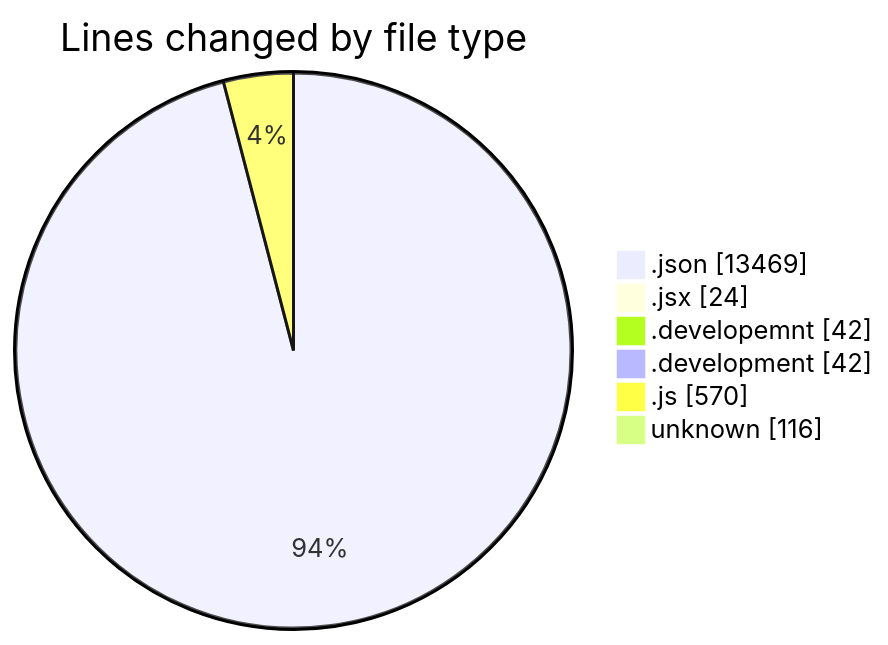
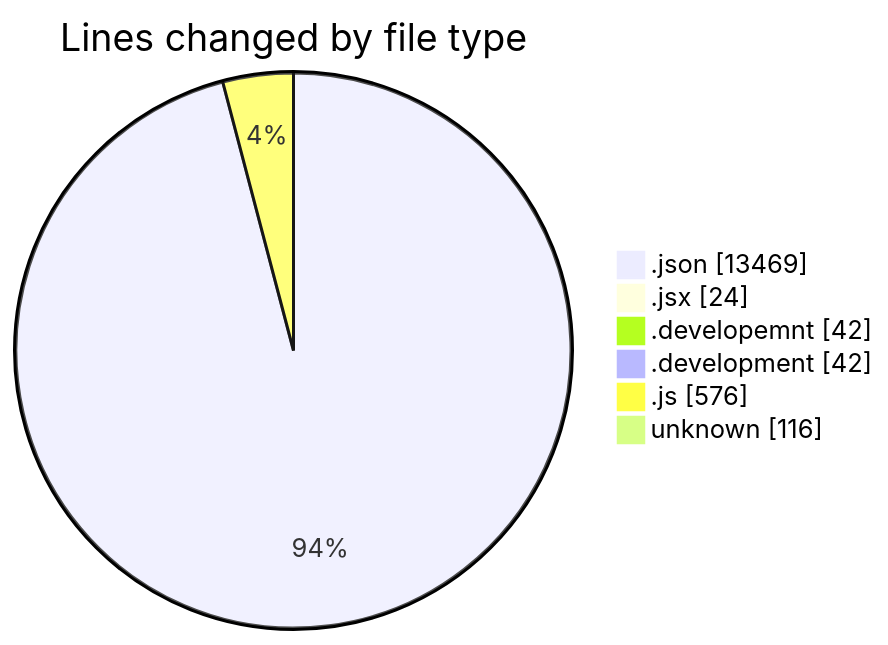
One commit to nxtqubesakshisongat/code-tracking changed the first of 2 diagrams in 2025-10-30/nxtqube_webapp/README.md. Above: the diagram before and after it, drawn with Mermaid. The commit also changed other lines of this file and 1 other file, not shown here.

````diff
--- a/2025-10-30/nxtqube_webapp/README.md
+++ b/2025-10-30/nxtqube_webapp/README.md
@@ -27,10 +27,10 @@
 ```mermaid
 pie showData
 title Lines changed by file type
 ".json" : 13469
 ".jsx" : 24
 ".developemnt" : 42
 ".development" : 42
-".js" : 570
+".js" : 576
 "unknown" : 116
 ```
````
